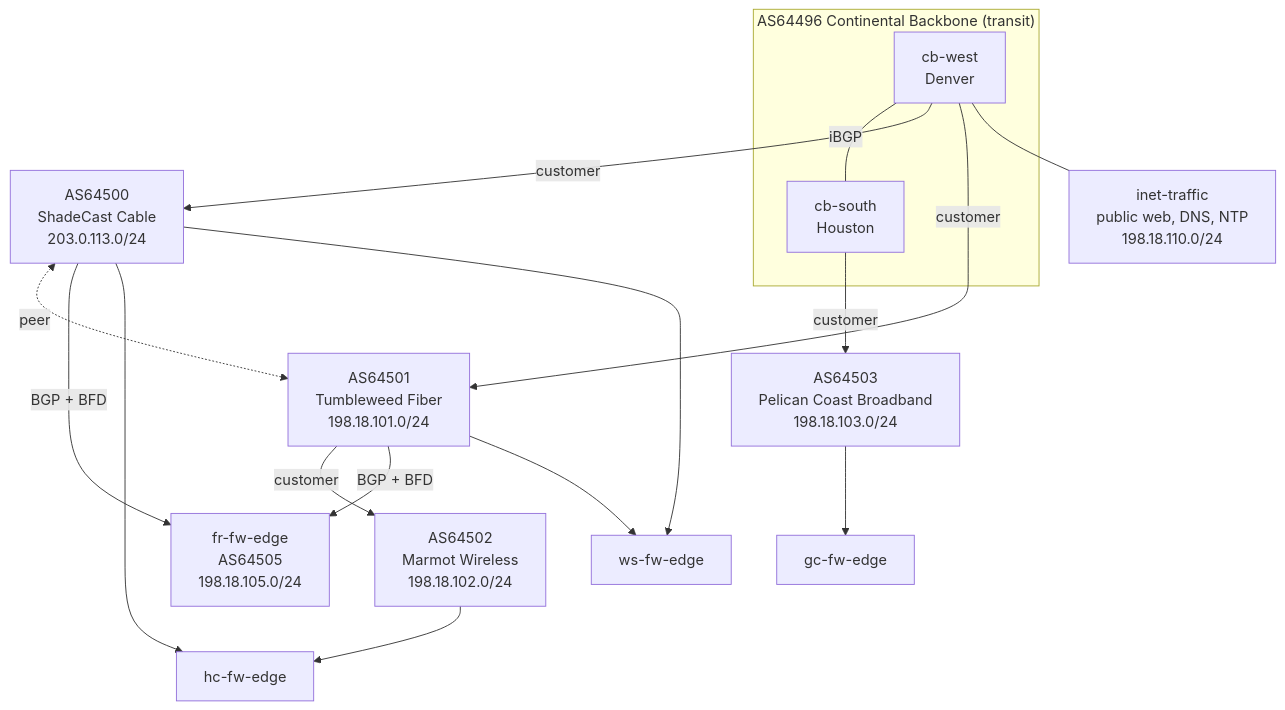
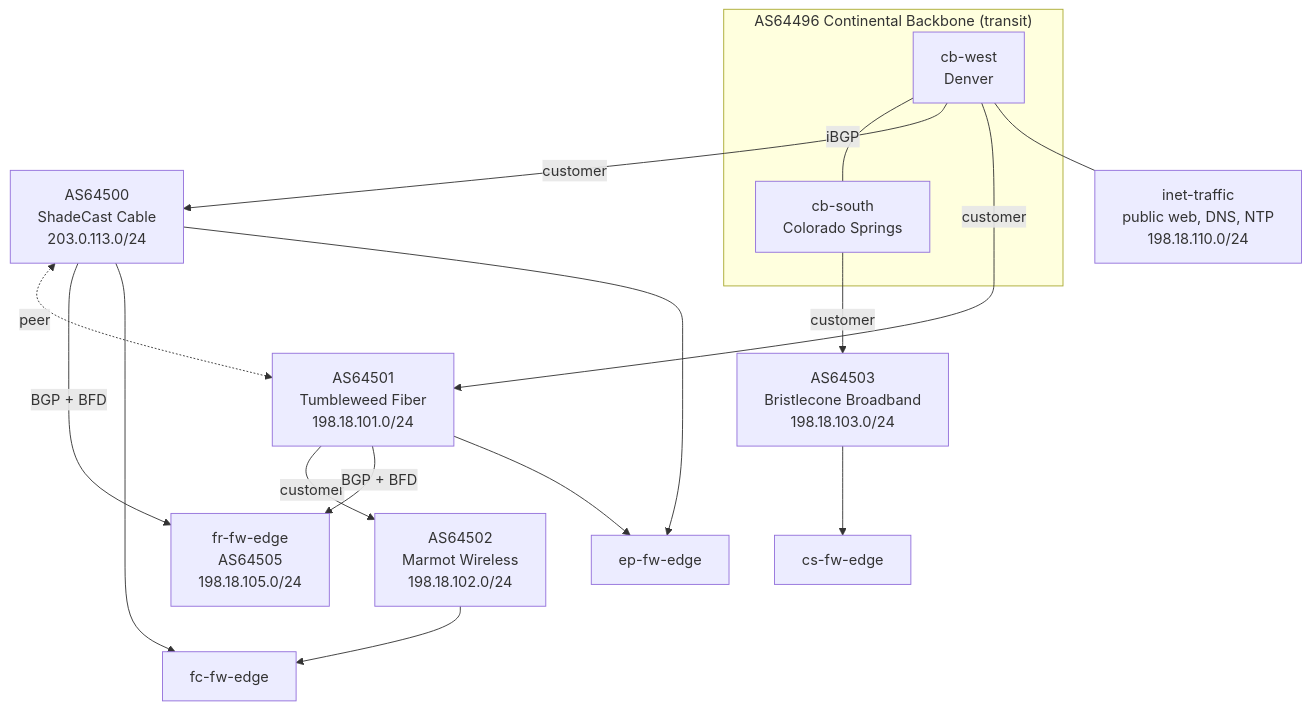
Before and after one commit to GhostofGoes/brew: the third of 10 diagrams in docs/multisite/PLANS.md, drawn with Mermaid. The commit also changed other lines of this file and 35 other files, not shown here.

First line of the commit message:
refactor(cherrymountain): move the fleet's three other sites to Fort Collins, the eastern plains, and Colorado Springs

````diff
--- a/docs/multisite/PLANS.md
+++ b/docs/multisite/PLANS.md
@@ -400,30 +404,30 @@
 ```mermaid
 flowchart TB
   subgraph T["AS64496 Continental Backbone (transit)"]
     CBW["cb-west<br/>Denver"]
-    CBS["cb-south<br/>Houston"]
+    CBS["cb-south<br/>Colorado Springs"]
     CBW ---|iBGP| CBS
   end
   SC["AS64500<br/>ShadeCast Cable<br/>203.0.113.0/24"]
   TW["AS64501<br/>Tumbleweed Fiber<br/>198.18.101.0/24"]
   MM["AS64502<br/>Marmot Wireless<br/>198.18.102.0/24"]
-  PC["AS64503<br/>Pelican Coast Broadband<br/>198.18.103.0/24"]
+  BC["AS64503<br/>Bristlecone Broadband<br/>198.18.103.0/24"]
   INET["inet-traffic<br/>public web, DNS, NTP<br/>198.18.110.0/24"]
   CBW -->|customer| SC
   CBW -->|customer| TW
-  CBS -->|customer| PC
+  CBS -->|customer| BC
   TW -->|customer| MM
   SC <-.->|peer| TW
   CBW --- INET
   FR["fr-fw-edge<br/>AS64505<br/>198.18.105.0/24"]
-  HC["hc-fw-edge"]
-  WS["ws-fw-edge"]
-  GC["gc-fw-edge"]
+  FC["fc-fw-edge"]
+  EP["ep-fw-edge"]
+  CS["cs-fw-edge"]
   SC -->|"BGP + BFD"| FR
   TW -->|"BGP + BFD"| FR
-  SC --> HC
-  MM --> HC
-  TW --> WS
-  SC --> WS
-  PC --> GC
+  SC --> FC
+  MM --> FC
+  TW --> EP
+  SC --> EP
+  BC --> CS
 ```
````
